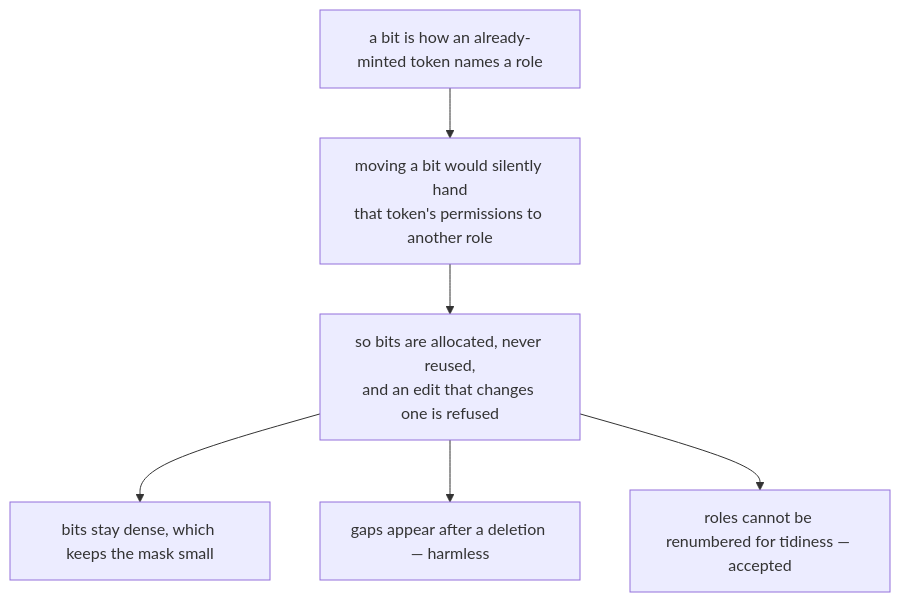
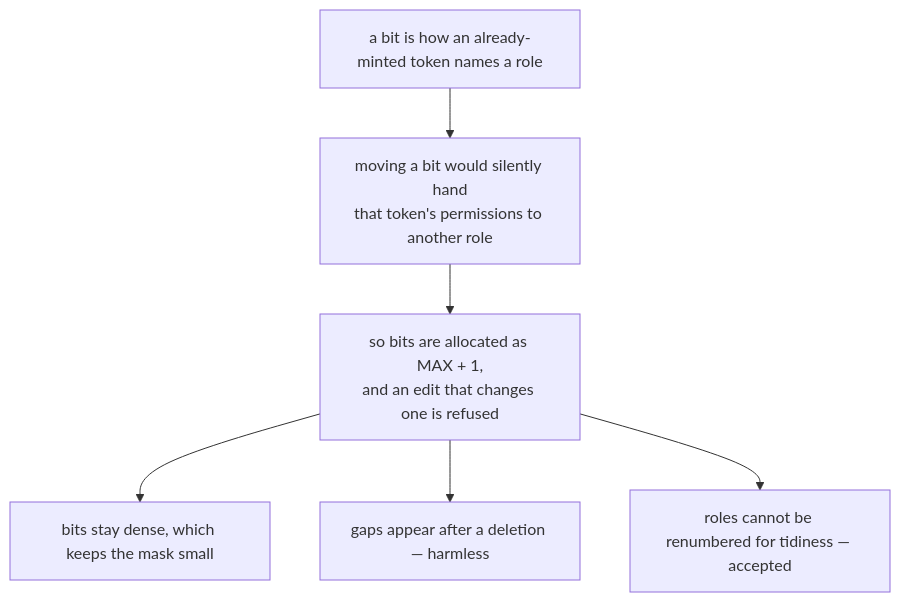
The second of 2 diagrams in docs/blong/docs/rationale/rbac.md (feasibleone/blong), drawn with Mermaid before and after one commit. The commit also changed other lines of this file and 122 other files, not shown here.

````diff
--- a/docs/blong/docs/rationale/rbac.md
+++ b/docs/blong/docs/rationale/rbac.md
@@ -57,8 +57,8 @@
 ```mermaid
 flowchart TD
     B["a bit is how an already-minted token names a role"] --> C["moving a bit would silently hand<br/>that token's permissions to another role"]
-    C --> D["so bits are allocated, never reused,<br/>and an edit that changes one is refused"]
+    C --> D["so bits are allocated as MAX + 1,<br/>and an edit that changes one is refused"]
     D --> E["bits stay dense, which keeps the mask small"]
     D --> F["gaps appear after a deletion — harmless"]
     D --> G["roles cannot be renumbered for tidiness — accepted"]
 ```
````
